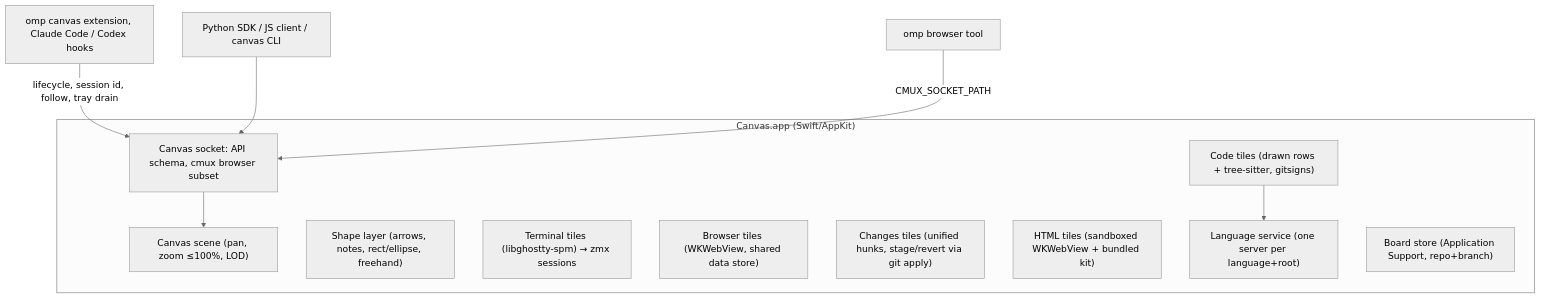
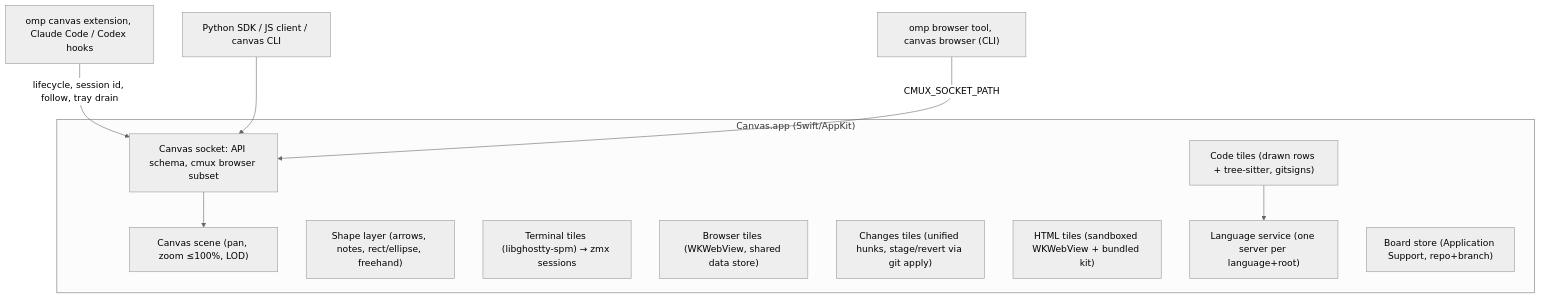
Before and after one commit to twaldin/canvas: the diagram in docs/design.md, drawn with Mermaid (neutral theme). The commit also changed other lines of this file and 8 other files, not shown here.

First line of the commit message:
canvas browser: Claude Code, Codex and any CLI drive browser tiles through the cmux subset

````diff
--- a/docs/design.md
+++ b/docs/design.md
@@ -14,20 +14,20 @@
 ```mermaid
 flowchart TB
   subgraph App["Canvas.app (Swift/AppKit)"]
     Scene["Canvas scene (pan, zoom ≤100%, LOD)"]
     Ink["Shape layer (arrows, notes, rect/ellipse, freehand)"]
     T["Terminal tiles (libghostty-spm) → zmx sessions"]
     B["Browser tiles (WKWebView, shared data store)"]
     C["Code tiles (drawn rows + tree-sitter, gitsigns)"]
     R["Changes tiles (unified hunks, stage/revert via git apply)"]
     H["HTML tiles (sandboxed WKWebView + bundled kit)"]
     L["Language service (one server per language+root)"]
     Sock["Canvas socket: API schema, cmux browser subset"]
     Store["Board store (Application Support, repo+branch)"]
   end
   Ext["omp canvas extension, Claude Code / Codex hooks"] -->|"lifecycle, session id, follow, tray drain"| Sock
   SDK["Python SDK / JS client / canvas CLI"] --> Sock
-  OmpBrowser["omp browser tool"] -->|"CMUX_SOCKET_PATH"| Sock
+  OmpBrowser["omp browser tool, canvas browser (CLI)"] -->|"CMUX_SOCKET_PATH"| Sock
   Sock --> Scene
   C --> L
 ```
````
